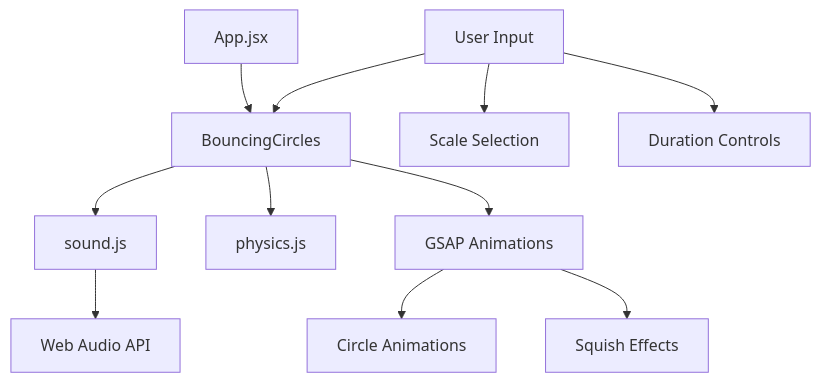
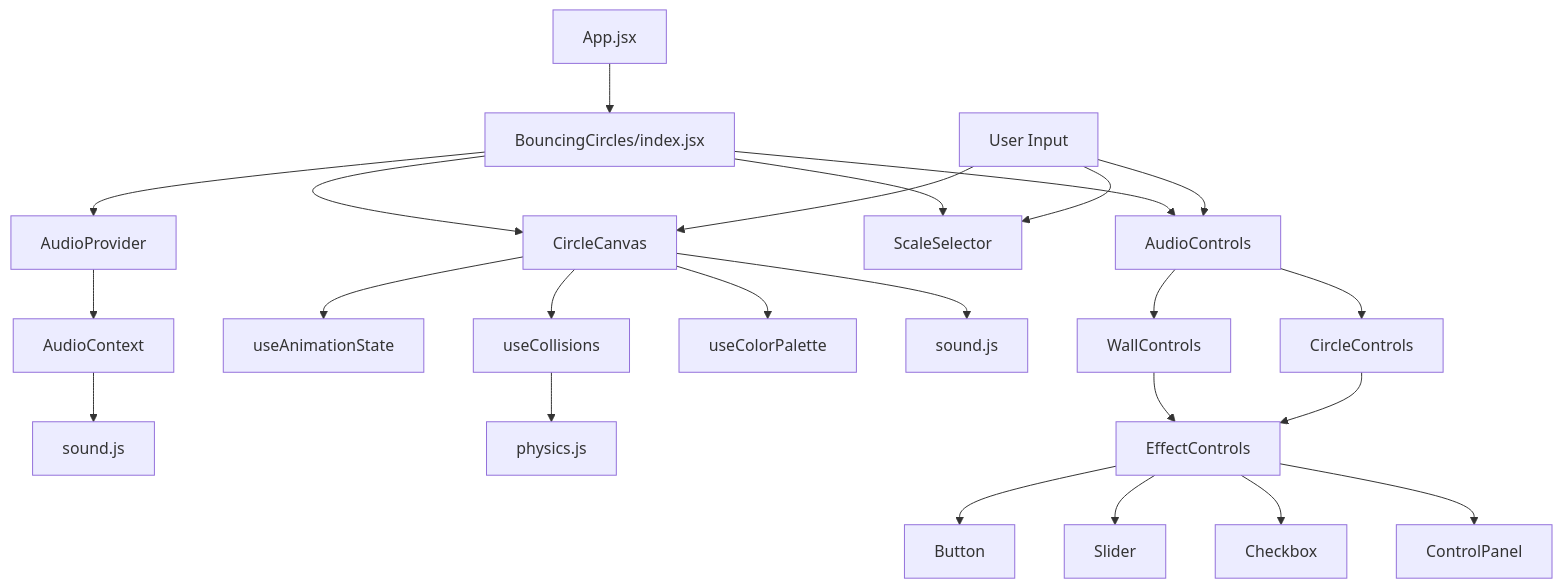
One commit to circlegetsquare/oscillaphone changed the diagram in cline_docs/codebaseSummary.md. Above: the diagram before and after it, drawn with Mermaid. The commit also changed other lines of this file and 21 other files, not shown here.

Commit message:
Refactored app, breaking down bouncingCircles.jsx into smaller components.

````diff
--- a/cline_docs/codebaseSummary.md
+++ b/cline_docs/codebaseSummary.md
@@ -51,13 +91,33 @@
 ```mermaid
 graph TD
-    A[App.jsx] --> B[BouncingCircles]
-    B --> C[sound.js]
-    B --> D[physics.js]
-    B --> E[GSAP Animations]
-    C --> F[Web Audio API]
-    E --> G[Circle Animations]
-    E --> H[Squish Effects]
-    I[User Input] --> B
-    I --> J[Scale Selection]
-    I --> K[Duration Controls]
+    A[App.jsx] --> B[BouncingCircles/index.jsx]
+    B --> C[AudioProvider]
+    B --> D[CircleCanvas]
+    B --> E[ScaleSelector]
+    B --> F[AudioControls]
+    
+    C --> G[AudioContext]
+    G --> H[sound.js]
+    
+    D --> I[useAnimationState]
+    D --> J[useCollisions]
+    D --> K[useColorPalette]
+    D --> L[sound.js]
+    
+    J --> M[physics.js]
+    
+    F --> N[WallControls]
+    F --> O[CircleControls]
+    
+    N --> P[EffectControls]
+    O --> P
+    
+    P --> Q[Button]
+    P --> R[Slider]
+    P --> S[Checkbox]
+    P --> T[ControlPanel]
+    
+    U[User Input] --> D
+    U --> E
+    U --> F
 ```
````
